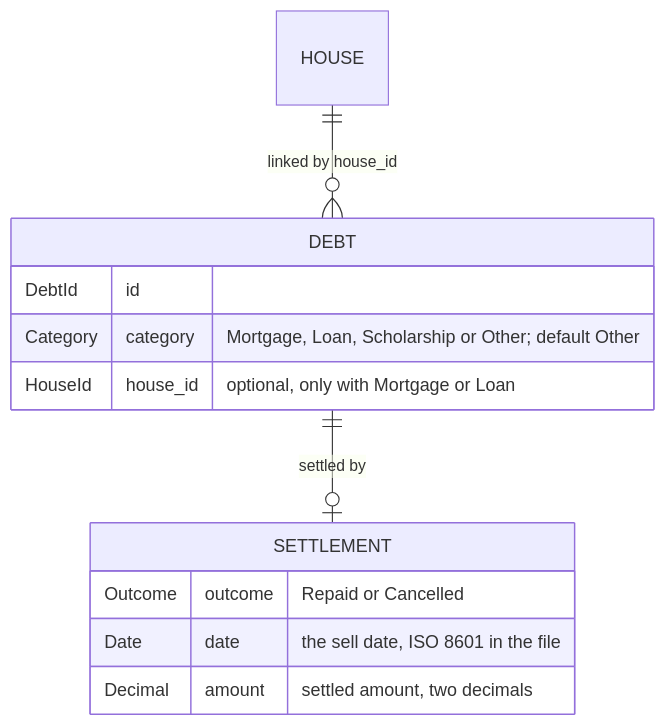
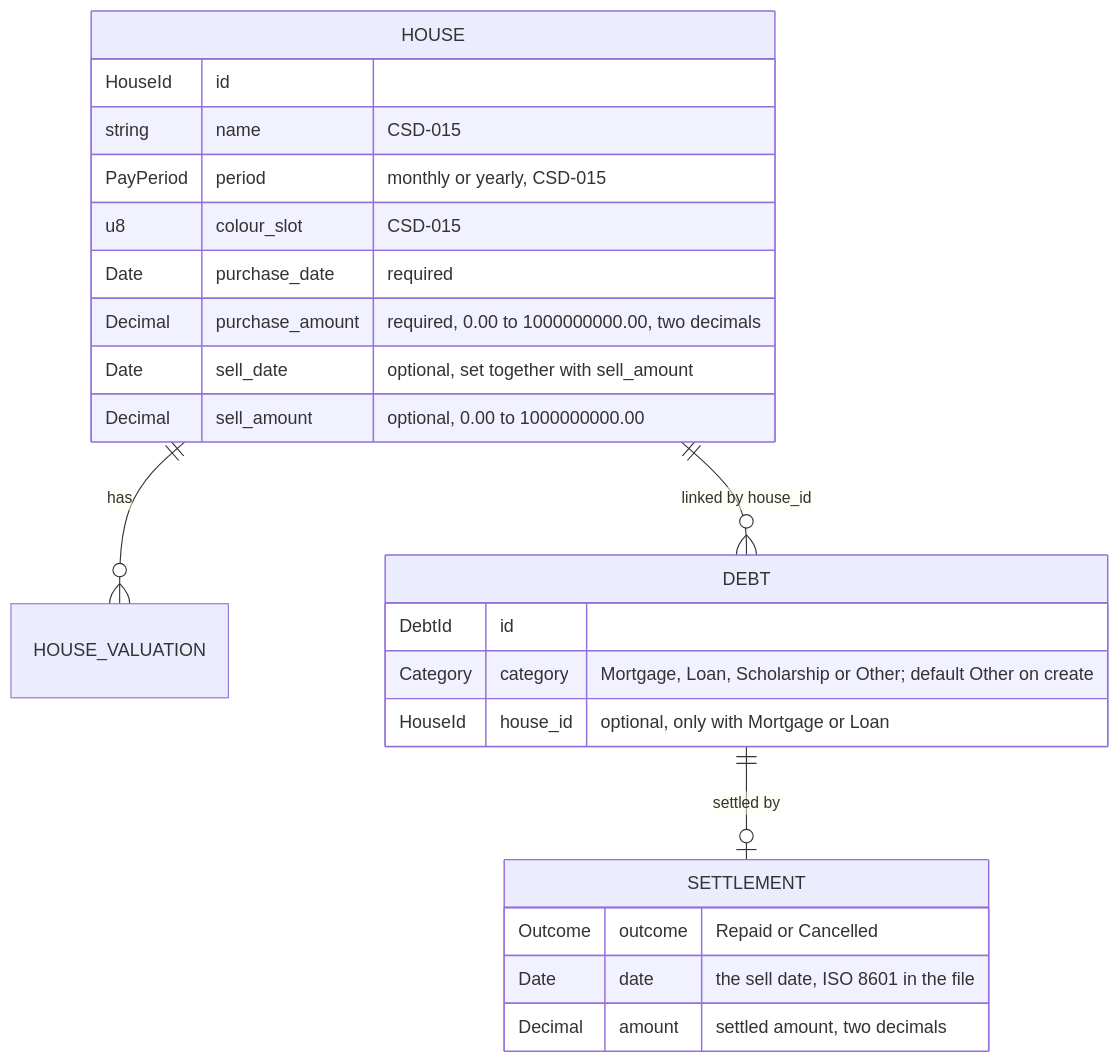
One commit to BardoelT/varde changed the second of 2 diagrams in docs/csd/CSD-020-debt-linked-to-house.md. Above: the diagram before and after it, drawn with Mermaid. The commit also changed other lines of this file and 7 other files, not shown here.

````diff
--- a/docs/csd/CSD-020-debt-linked-to-house.md
+++ b/docs/csd/CSD-020-debt-linked-to-house.md
@@ -525,15 +901,26 @@
 ```mermaid
 erDiagram
+    HOUSE ||--o{ HOUSE_VALUATION : has
     HOUSE ||--o{ DEBT : "linked by house_id"
     DEBT ||--o| SETTLEMENT : "settled by"
+    HOUSE {
+        HouseId id
+        string name "CSD-015"
+        PayPeriod period "monthly or yearly, CSD-015"
+        u8 colour_slot "CSD-015"
+        Date purchase_date "required"
+        Decimal purchase_amount "required, 0.00 to 1000000000.00, two decimals"
+        Date sell_date "optional, set together with sell_amount"
+        Decimal sell_amount "optional, 0.00 to 1000000000.00"
+    }
     DEBT {
         DebtId id
-        Category category "Mortgage, Loan, Scholarship or Other; default Other"
+        Category category "Mortgage, Loan, Scholarship or Other; default Other on create"
         HouseId house_id "optional, only with Mortgage or Loan"
     }
     SETTLEMENT {
         Outcome outcome "Repaid or Cancelled"
         Date date "the sell date, ISO 8601 in the file"
         Decimal amount "settled amount, two decimals"
     }
 ```
````
